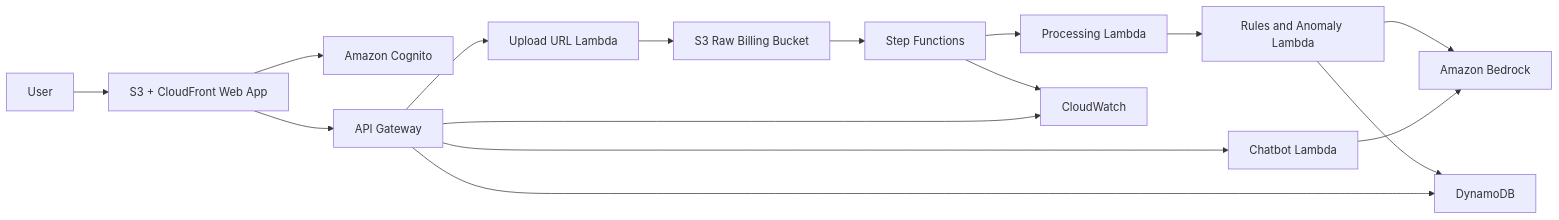
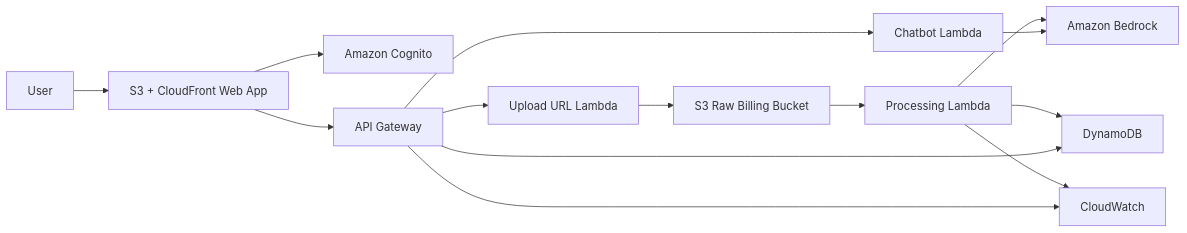
The first of 2 diagrams in README.md (Sanjana-Shankar/cs218-final-project), drawn with Mermaid before and after one commit. The commit also changed other lines of this file and 12 other files, not shown here.

````diff
--- a/README.md
+++ b/README.md
@@ -87,18 +87,16 @@
 ```mermaid
 flowchart LR
     User["User"] --> Frontend["S3 + CloudFront Web App"]
     Frontend --> Cognito["Amazon Cognito"]
     Frontend --> API["API Gateway"]
     API --> Upload["Upload URL Lambda"]
     Upload --> Raw["S3 Raw Billing Bucket"]
-    Raw --> Workflow["Step Functions"]
-    Workflow --> Processing["Processing Lambda"]
-    Processing --> Rules["Rules and Anomaly Lambda"]
-    Rules --> Bedrock["Amazon Bedrock"]
-    Rules --> Results["DynamoDB"]
+    Raw --> Processing["Processing Lambda"]
+    Processing --> Bedrock["Amazon Bedrock"]
+    Processing --> Results["DynamoDB"]
     API --> Results
     API --> Chat["Chatbot Lambda"]
     Chat --> Bedrock
-    Workflow --> Logs["CloudWatch"]
+    Processing --> Logs["CloudWatch"]
     API --> Logs
 ```
````
